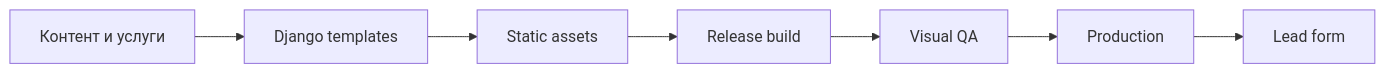
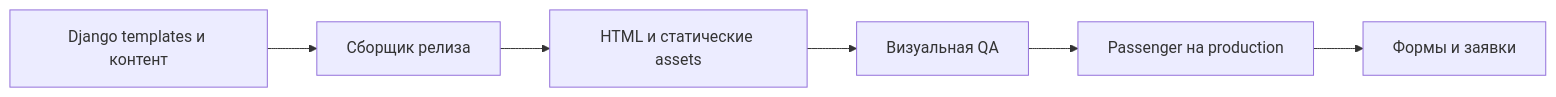
One commit to nenomernoi5050/yakarta-case-study changed the diagram in README.md. Above: the diagram before and after it, drawn with Mermaid. The commit also changed other lines of this file and 194 other files, not shown here.

````diff
--- a/README.md
+++ b/README.md
@@ -24,9 +23,8 @@
 ```mermaid
 flowchart LR
-    A[Контент и услуги] --> B[Django templates]
-    B --> C[Static assets]
-    C --> D[Release build]
-    D --> E[Visual QA]
-    E --> F[Production]
-    F --> G[Lead form]
+    A[Django templates и контент] --> B[Сборщик релиза]
+    B --> C[HTML и статические assets]
+    C --> D[Визуальная QA]
+    D --> E[Passenger на production]
+    E --> F[Формы и заявки]
 ```
````
